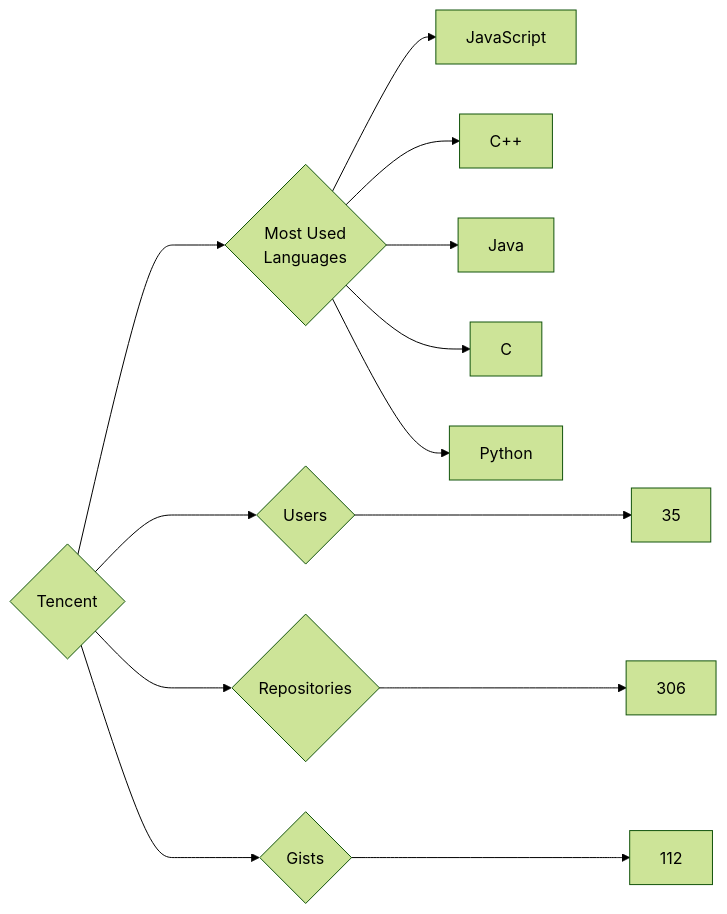
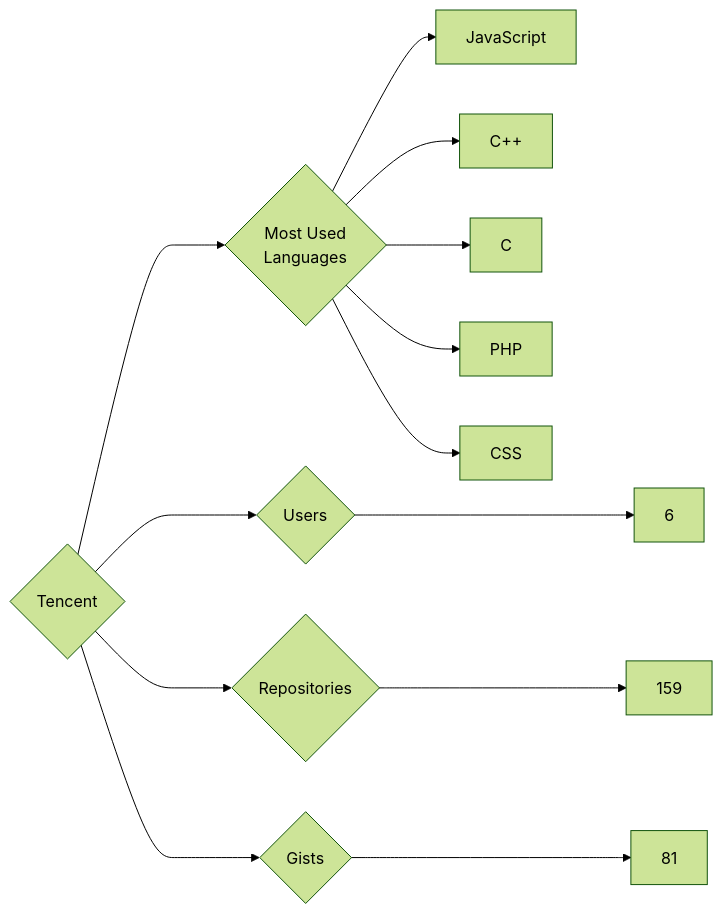
The diagram in targets/Tencent/README.md (trickest/insiders), drawn with Mermaid (forest theme) before and after one commit. The commit also changed 870 other files, not shown here.

````diff
--- a/targets/Tencent/README.md
+++ b/targets/Tencent/README.md
@@ -3,13 +3,13 @@
 ```mermaid
 graph LR
 COMPANY_NAME{Tencent}
-COMPANY_NAME ---> U{Users} ---> UN[35]
-COMPANY_NAME ---> R{Repositories} ---> RN[306]
-COMPANY_NAME ---> G{Gists} ---> GN[112]
+COMPANY_NAME ---> U{Users} ---> UN[6]
+COMPANY_NAME ---> R{Repositories} ---> RN[159]
+COMPANY_NAME ---> G{Gists} ---> GN[81]
 COMPANY_NAME ---> ML{Most Used<br>Languages}
 ML --> JavaScript[JavaScript]
 ML --> C++[C++]
-ML --> Java[Java]
 ML --> C[C]
-ML --> Python[Python]
+ML --> PHP[PHP]
+ML --> CSS[CSS]
 ```
````
